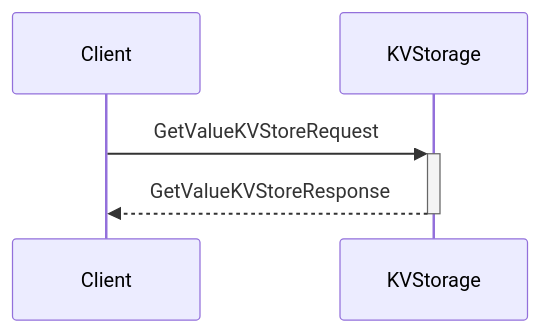
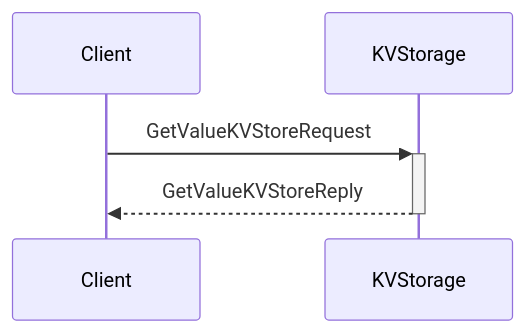
The first of 3 diagrams in docs/arch/node/engines/local_key_value_storage_messages.juvix.md (anoma/nspec), drawn with Mermaid before and after one commit. The commit also changed other lines of this file and 37 other files, not shown here.

Commit message:
Renamed all instances of "Response" to "Reply" in message interfaces for consistency across commitment, decryption, identity management, and other engines.

````diff
--- a/docs/arch/node/engines/local_key_value_storage_messages.juvix.md
+++ b/docs/arch/node/engines/local_key_value_storage_messages.juvix.md
@@ -35,8 +37,8 @@
 ```mermaid
 sequenceDiagram
     participant Client
     participant KVStorage
 
     Client ->>+ KVStorage: GetValueKVStoreRequest
-    KVStorage -->>- Client: GetValueKVStoreResponse
+    KVStorage -->>- Client: GetValueKVStoreReply
 ```
````
